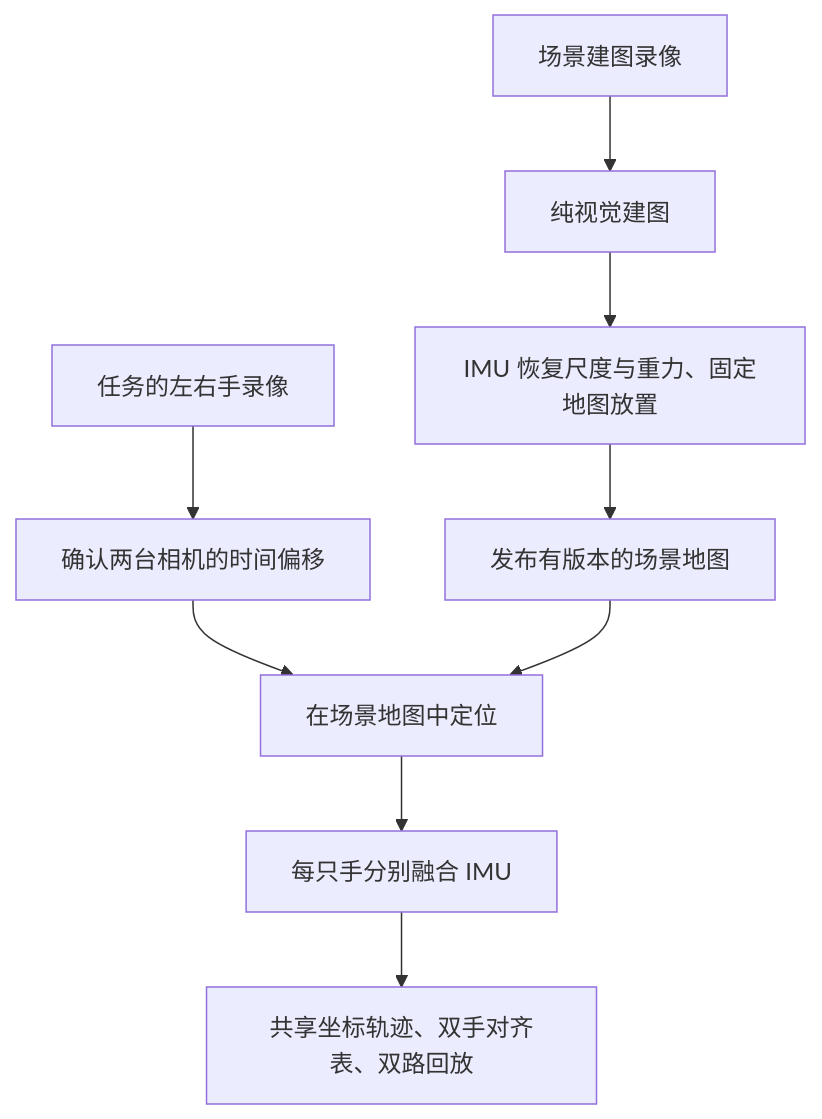
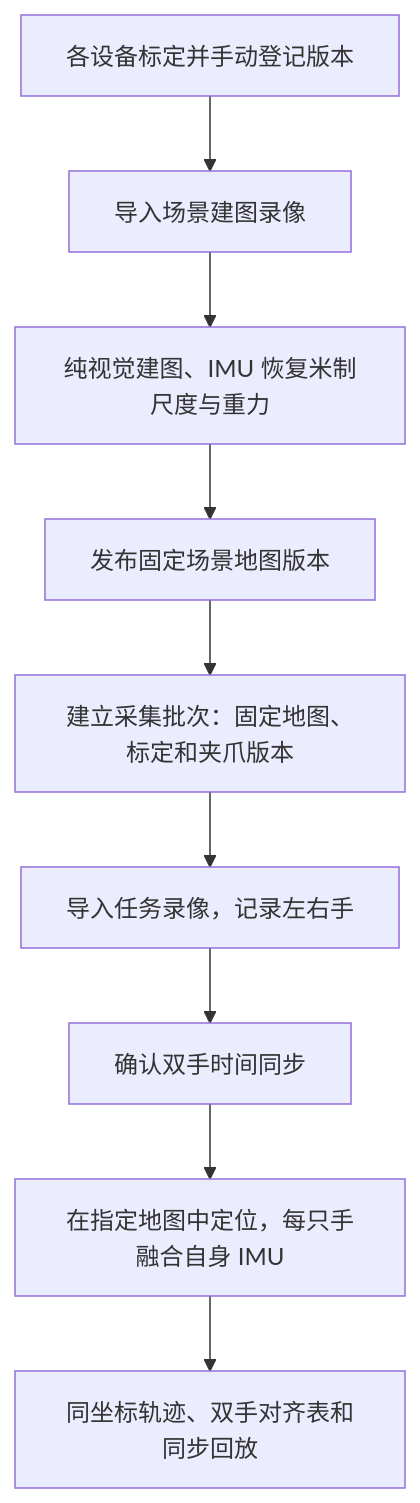
One commit to Zijian007/umi_data_collection changed the diagram in docs/场景.md. Above: the diagram before and after it, drawn with Mermaid. The commit also changed other lines of this file and 75 other files, not shown here.

````diff
--- a/docs/场景.md
+++ b/docs/场景.md
@@ -11,11 +11,11 @@
 ```mermaid
 flowchart TD
-    A[场景建图录像] --> B[纯视觉建图]
-    B --> C[IMU 恢复尺度与重力、固定地图放置]
-    C --> D[发布有版本的场景地图]
-    E[任务的左右手录像] --> F[确认两台相机的时间偏移]
-    F --> G[在场景地图中定位]
-    D --> G
-    G --> H[每只手分别融合 IMU]
-    H --> I[共享坐标轨迹、双手对齐表、双路回放]
+    A[各设备标定并手动登记版本] --> B[导入场景建图录像]
+    B --> C[纯视觉建图、IMU 恢复米制尺度与重力]
+    C --> D[发布固定场景地图版本]
+    D --> E[建立采集批次：固定地图、标定和夹爪版本]
+    E --> F[导入任务录像，记录左右手]
+    F --> G[确认双手时间同步]
+    G --> H[在指定地图中定位，每只手融合自身 IMU]
+    H --> I[同坐标轨迹、双手对齐表和同步回放]
 ```
````
